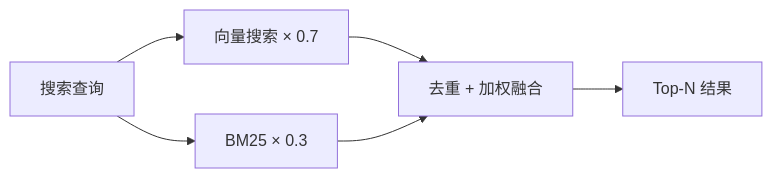
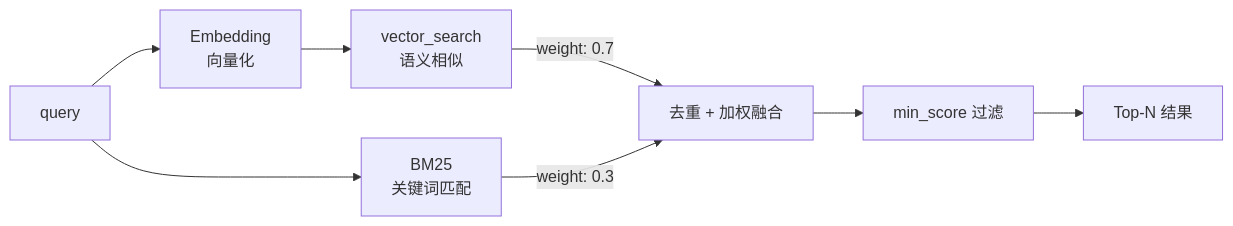
One commit to lllyyysss77/ReMe changed the sixth of 9 diagrams in README_ZH.md. Above: the diagram before and after it, drawn with Mermaid. The commit also changed other lines of this file and 106 other files, not shown here.

````diff
--- a/README_ZH.md
+++ b/README_ZH.md
@@ -272,8 +283,10 @@
 ```mermaid
 graph LR
-    Q[搜索查询] --> V[向量搜索 × 0.7]
-Q --> B[BM25 × 0.3]
-V --> M[去重 + 加权融合]
-B --> M
-M --> R[Top-N 结果]
+    Q[query] --> E[Embedding<br>向量化]
+    E --> V[vector_search<br>语义相似]
+    Q --> B[BM25<br>关键词匹配]
+    V -->|" weight: 0.7 "| M[去重 + 加权融合]
+    B -->|" weight: 0.3 "| M
+    M --> F[min_score 过滤]
+    F --> R[Top-N 结果]
 ```
````
